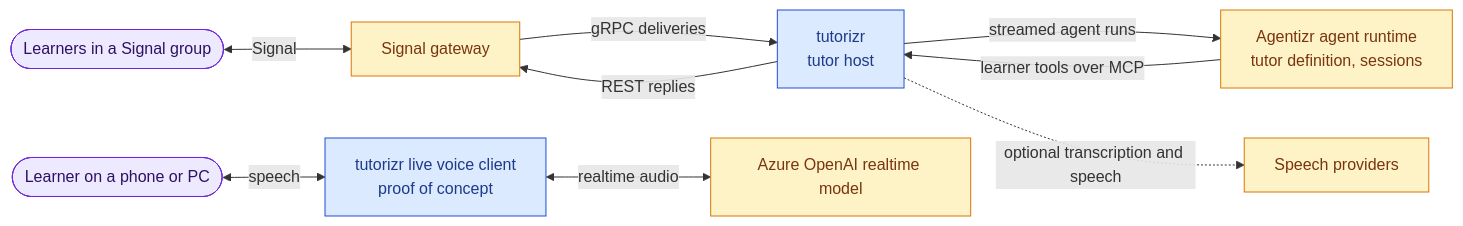
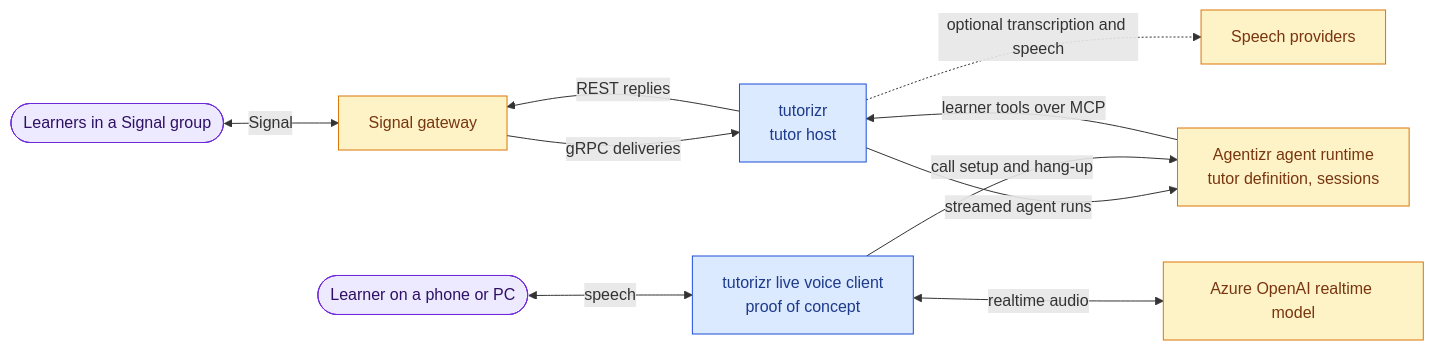
One commit to f2calv/tutorizr changed the diagram in README.md. Above: the diagram before and after it, drawn with Mermaid. The commit also changed other lines of this file, not shown here.

First line of the commit message:
docs: describe the brokered voice client in the README

````diff
--- a/README.md
+++ b/README.md
@@ -87,15 +87,16 @@
 ```mermaid
 flowchart LR
     classDef system fill:#dbeafe,stroke:#1d4ed8,color:#1e3a8a
     classDef person fill:#ede9fe,stroke:#6d28d9,color:#2e1065
     classDef external fill:#fef3c7,stroke:#d97706,color:#78350f
 
     learners([Learners in a Signal group]):::person <-->|Signal| gateway[Signal gateway]:::external
     voiceLearner([Learner on a phone or PC]):::person <-->|speech| client
     gateway -->|"gRPC deliveries"| tutorizr[tutorizr<br/>tutor host]:::system
     tutorizr -->|"REST replies"| gateway
     tutorizr -->|"streamed agent runs"| runtime[Agentizr agent runtime<br/>tutor definition, sessions]:::external
     runtime -->|"learner tools over MCP"| tutorizr
     tutorizr -.->|"optional transcription and speech"| speech[Speech providers]:::external
     client[tutorizr live voice client<br/>proof of concept]:::system <-->|"realtime audio"| realtime[Azure OpenAI realtime model]:::external
+    client -->|"call setup and hang-up"| runtime
 ```
````
